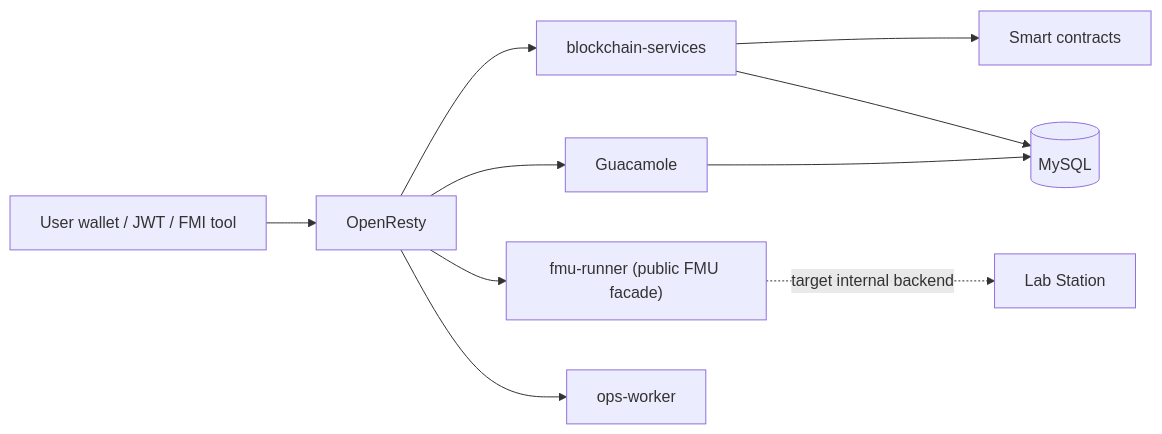
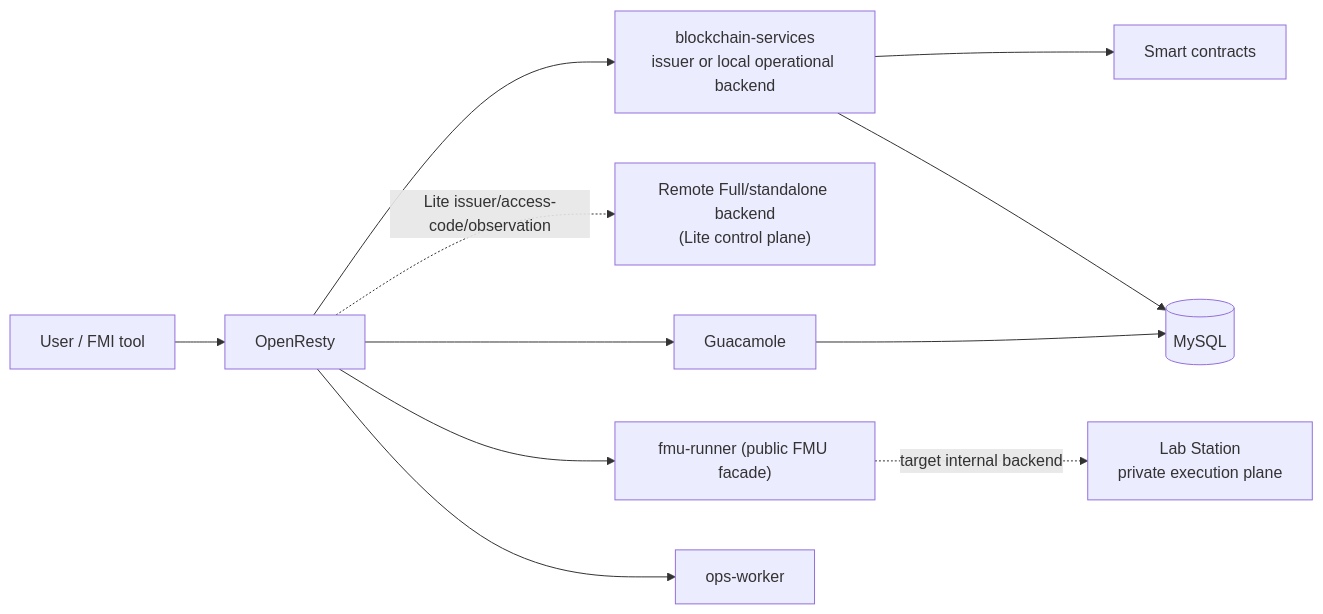
The first of 2 diagrams in README.md (DecentraLabsCom/Lab-Gateway), drawn with Mermaid before and after one commit. The commit also changed other lines of this file and 22 other files, not shown here.

````diff
--- a/README.md
+++ b/README.md
@@ -16,22 +41,24 @@
 ```mermaid
 flowchart LR
-    User["User wallet / JWT / FMI tool"]
+    User["User / FMI tool"]
     OpenResty["OpenResty"]
-    Blockchain["blockchain-services"]
+    Blockchain["blockchain-services<br/>issuer or local operational backend"]
+    RemoteBackend["Remote Full/standalone backend<br/>(Lite control plane)"]
     Guacamole["Guacamole"]
     FmuFacade["fmu-runner (public FMU facade)"]
     Ops["ops-worker"]
     Mysql[("MySQL")]
     Contracts["Smart contracts"]
-    Station["Lab Station"]
+    Station["Lab Station<br/>private execution plane"]
 
     User --> OpenResty
     OpenResty --> Blockchain
+    OpenResty -. Lite issuer/access-code/observation .-> RemoteBackend
     OpenResty --> Guacamole
     OpenResty --> FmuFacade
     OpenResty --> Ops
     Blockchain --> Contracts
     Blockchain --> Mysql
     Guacamole --> Mysql
     FmuFacade -. target internal backend .-> Station
 ```
````
